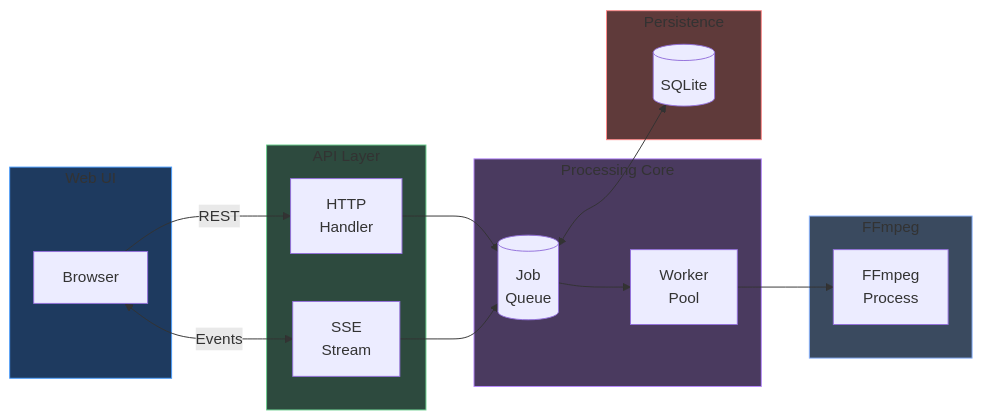
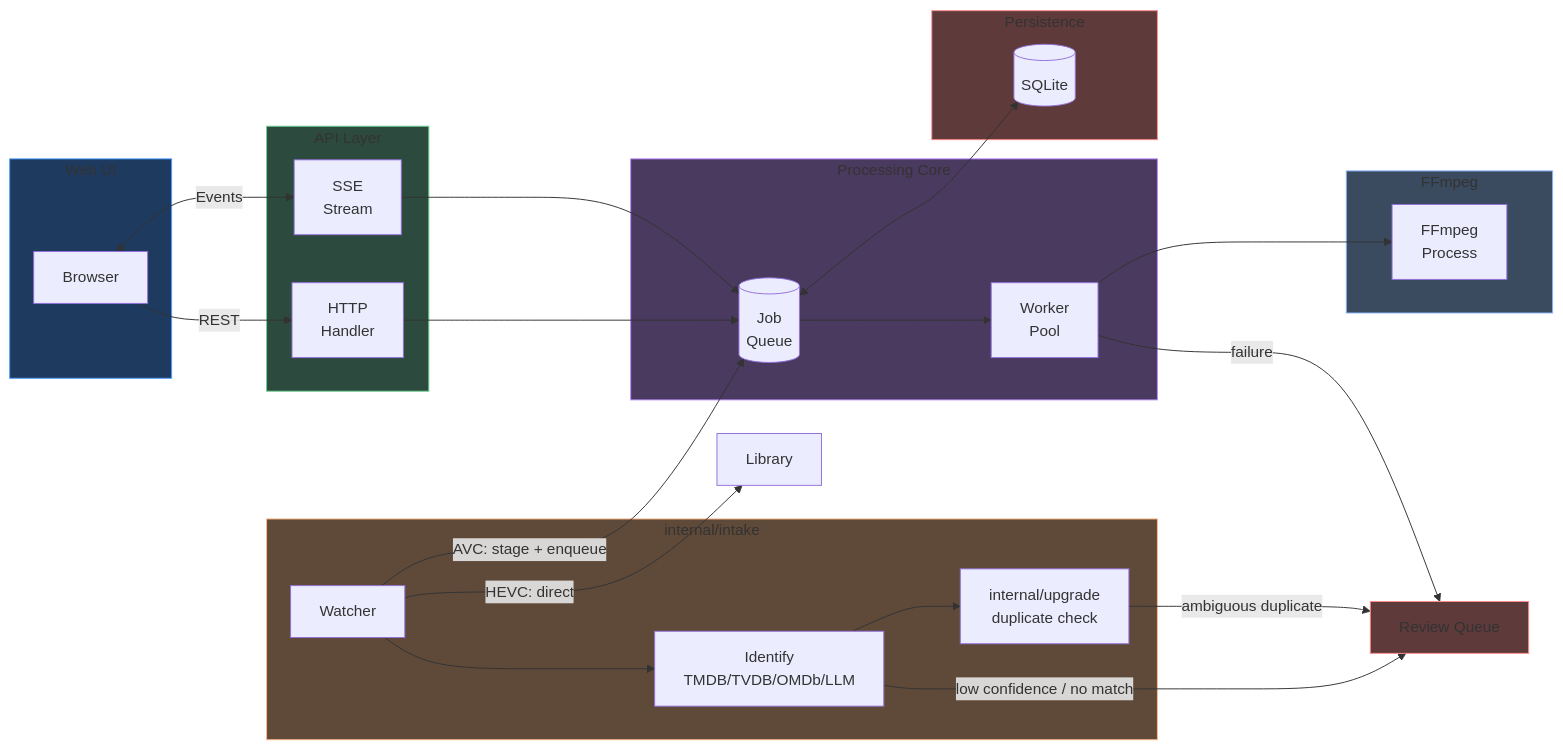
Before and after one commit to braydin72/MediaForge: the diagram in docs/architecture/README.md, drawn with Mermaid. The commit also changed other lines of this file and 24 other files, not shown here.

First line of the commit message:
feat(control): separate intake/queue controls, file disposal, ReQueue, naming-lookup toggle

````diff
--- a/docs/architecture/README.md
+++ b/docs/architecture/README.md
@@ -7,38 +13,52 @@
 ```mermaid
 flowchart LR
     subgraph UI["Web UI"]
         B[Browser]
+    end
+
+    subgraph Ingest["internal/intake"]
+        WATCH[Watcher] --> ID[Identify<br/>TMDB/TVDB/OMDb/LLM]
+        ID --> UPG[internal/upgrade<br/>duplicate check]
     end
 
     subgraph API["API Layer"]
         H[HTTP<br/>Handler]
         SSE[SSE<br/>Stream]
     end
 
     subgraph Core["Processing Core"]
         Q[(Job<br/>Queue)]
         W[Worker<br/>Pool]
     end
 
     subgraph Storage["Persistence"]
         DB[(SQLite)]
     end
 
     subgraph Transcode["FFmpeg"]
         FF[FFmpeg<br/>Process]
     end
 
+    RQ[Review Queue]
+
     B -->|REST| H
     B <-->|Events| SSE
     H --> Q
+    WATCH -->|HEVC: direct| Library[Library]
+    WATCH -->|AVC: stage + enqueue| Q
+    ID -->|low confidence / no match| RQ
+    UPG -->|ambiguous duplicate| RQ
     Q --> W
     W --> FF
+    W -->|failure| RQ
     Q <--> DB
     SSE --> Q
 
     style UI fill:#1e3a5f,stroke:#4a9eff
+    style Ingest fill:#5f4a3a,stroke:#ffb88a
     style API fill:#2d4a3e,stroke:#6bcf8e
     style Core fill:#4a3a5f,stroke:#b88aff
     style Storage fill:#5f3a3a,stroke:#ff8a8a
     style Transcode fill:#3a4a5f,stroke:#8ab4ff
+    style RQ fill:#5f3a3a,stroke:#ff8a8a
 ```
````
